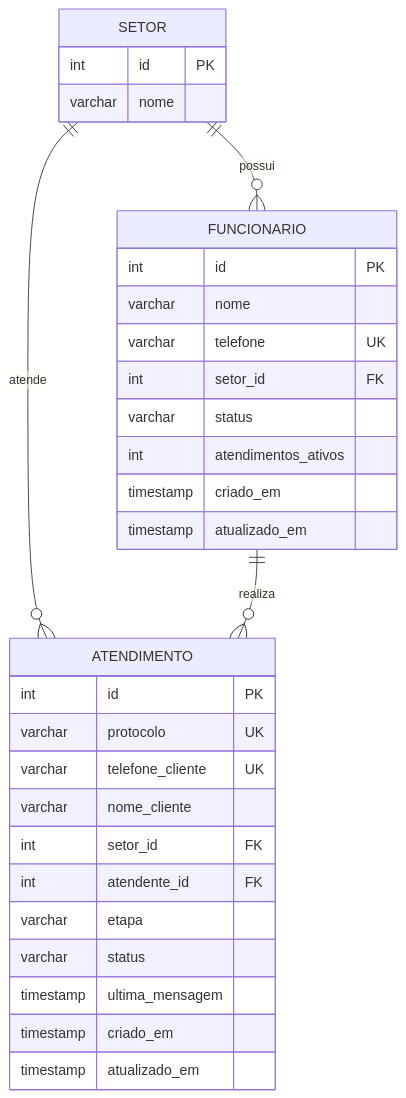
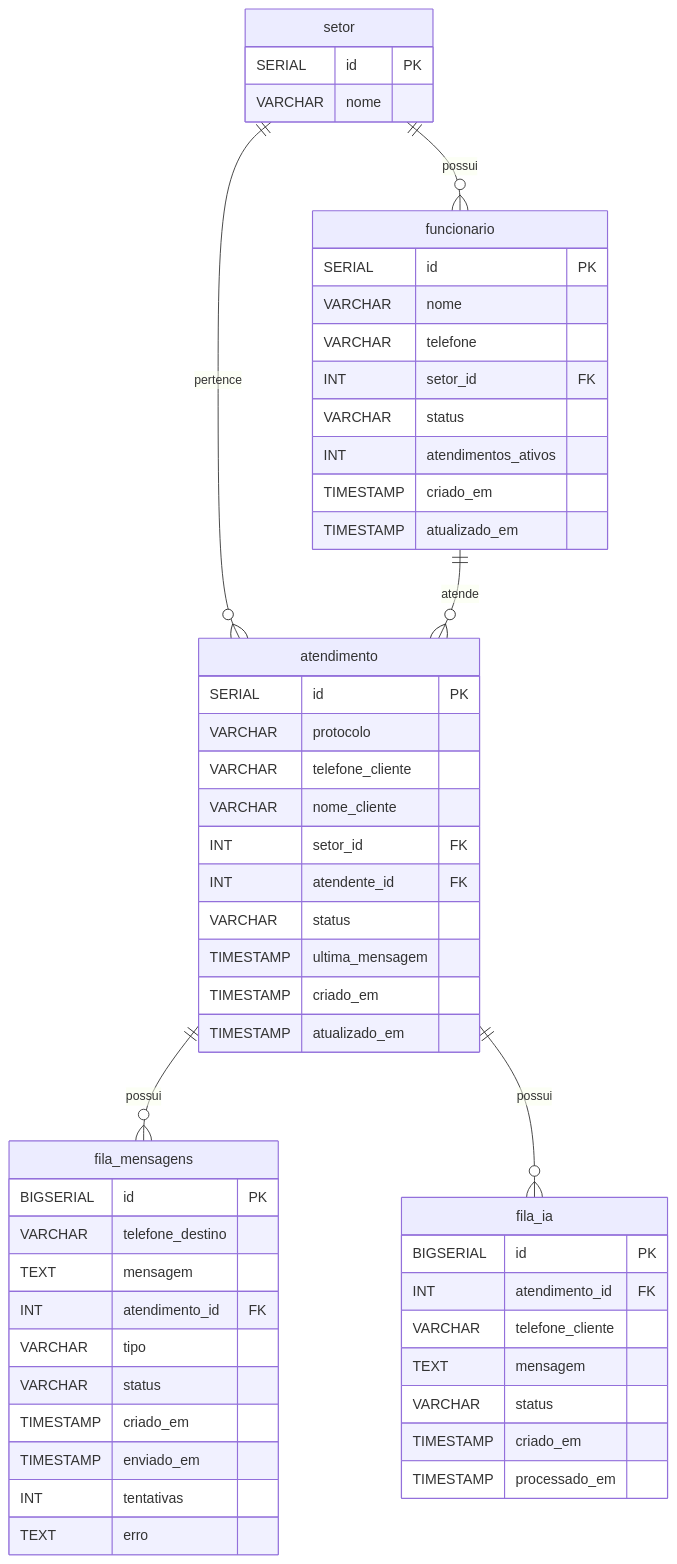
Before and after one commit to KleitonMQ/AttendaHub: the diagram in README.md, drawn with Mermaid. The commit also changed other lines of this file and 1 other file, not shown here.

Commit message:
fluxos funcionais

````diff
--- a/README.md
+++ b/README.md
@@ -4,39 +10,66 @@
 ```mermaid
 erDiagram
 
-    SETOR {
-        int id PK
-        varchar nome
+    setor {
+        SERIAL id PK
+        VARCHAR nome
     }
 
-    FUNCIONARIO {
-        int id PK
-        varchar nome
-        varchar telefone UK
-        int setor_id FK
-        varchar status
-        int atendimentos_ativos
-        timestamp criado_em
-        timestamp atualizado_em
+    funcionario {
+        SERIAL id PK
+        VARCHAR nome
+        VARCHAR telefone
+        INT setor_id FK
+        VARCHAR status
+        INT atendimentos_ativos
+        TIMESTAMP criado_em
+        TIMESTAMP atualizado_em
     }
 
-    ATENDIMENTO {
-        int id PK
-        varchar protocolo UK
-        varchar telefone_cliente UK
-        varchar nome_cliente
-        int setor_id FK
-        int atendente_id FK
-        varchar etapa
-        varchar status
-        timestamp ultima_mensagem
-        timestamp criado_em
-        timestamp atualizado_em
+    atendimento {
+        SERIAL id PK
+        VARCHAR protocolo
+        VARCHAR telefone_cliente
+        VARCHAR nome_cliente
+        INT setor_id FK
+        INT atendente_id FK
+        VARCHAR status
+        TIMESTAMP ultima_mensagem
+        TIMESTAMP criado_em
+        TIMESTAMP atualizado_em
     }
 
-    SETOR ||--o{ FUNCIONARIO : possui
+    fila_mensagens {
+        BIGSERIAL id PK
+        VARCHAR telefone_destino
+        TEXT mensagem
+        INT atendimento_id FK
+        VARCHAR tipo
+        VARCHAR status
+        TIMESTAMP criado_em
+        TIMESTAMP enviado_em
+        INT tentativas
+        TEXT erro
+    }
 
-    SETOR ||--o{ ATENDIMENTO : atende
+    fila_ia {
+        BIGSERIAL id PK
+        INT atendimento_id FK
+        VARCHAR telefone_cliente
+        TEXT mensagem
+        VARCHAR status
+        TIMESTAMP criado_em
+        TIMESTAMP processado_em
+    }
 
-    FUNCIONARIO ||--o{ ATENDIMENTO : realiza
+
+    setor ||--o{ funcionario : possui
+
+    setor ||--o{ atendimento : pertence
+
+    funcionario ||--o{ atendimento : atende
+
+    atendimento ||--o{ fila_mensagens : possui
+
+    atendimento ||--o{ fila_ia : possui
 ```
````
